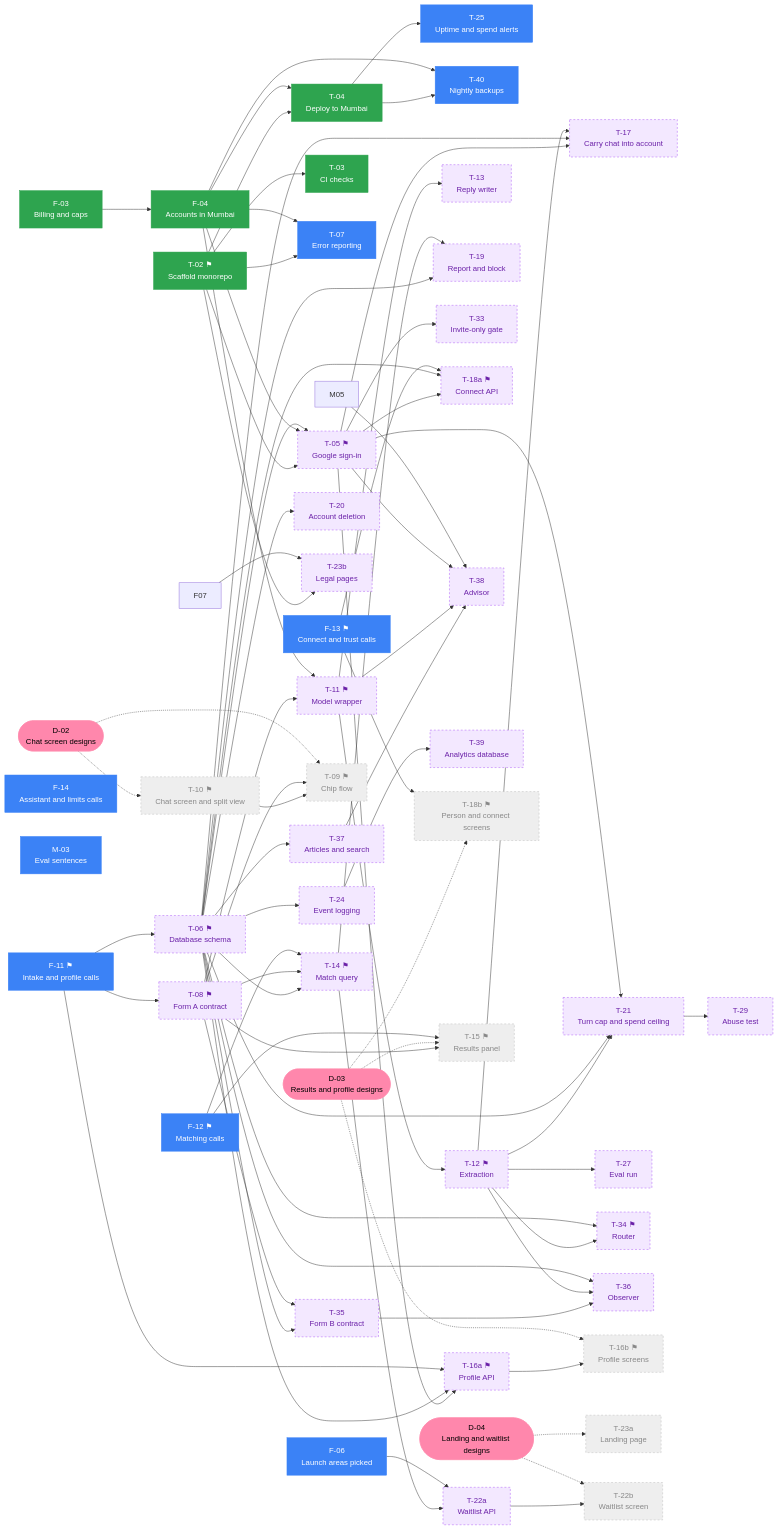
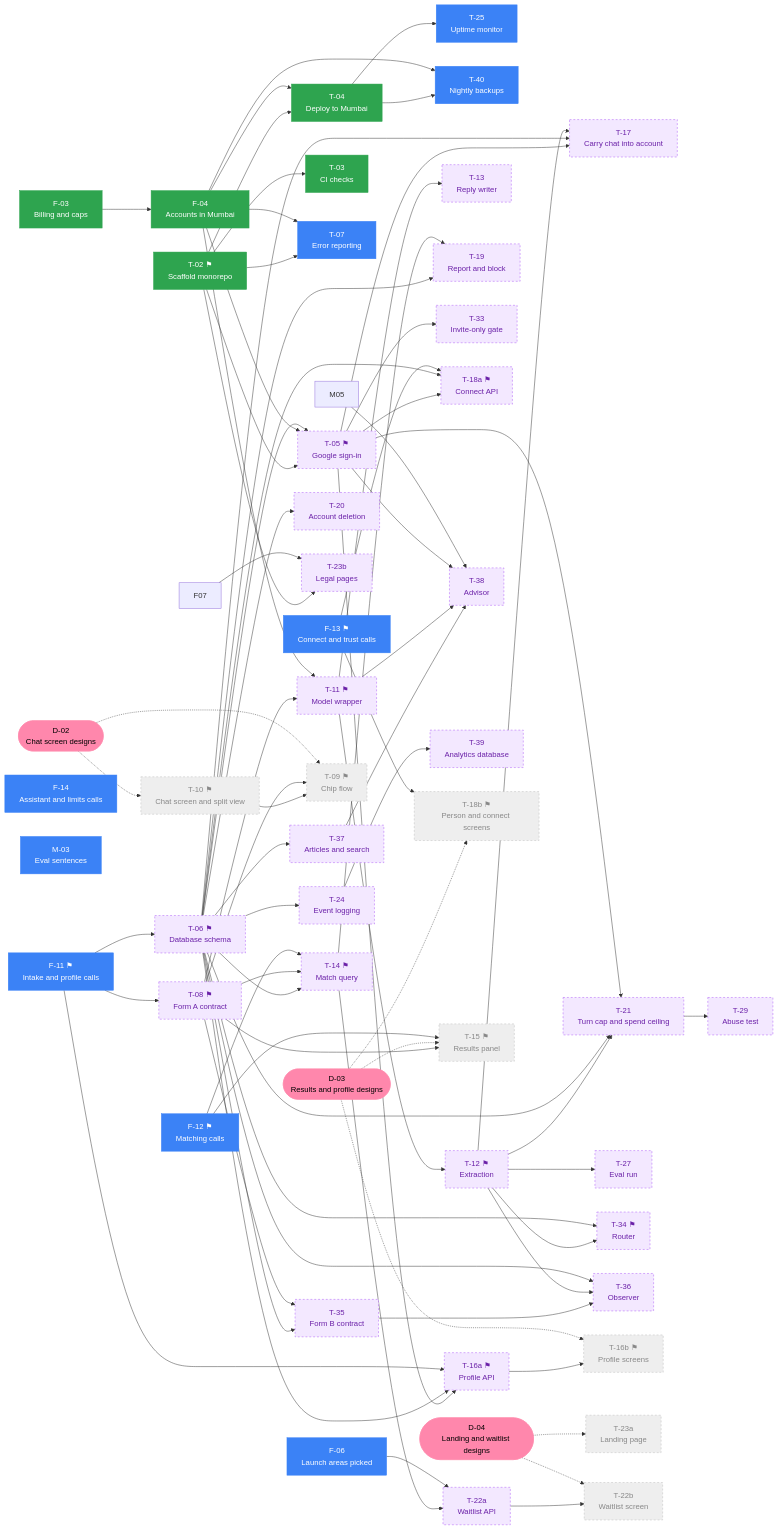
One commit to magentawood/roomsie changed the diagram in docs/plan/Progress.md. Above: the diagram before and after it, drawn with Mermaid. The commit also changed other lines of this file and 14 other files, not shown here.

First line of the commit message:
T-25: the uptime monitor; the spend alert moves to T-21

```diff
--- a/docs/plan/Progress.md
+++ b/docs/plan/Progress.md
@@ -122,7 +122,7 @@
   T04["T-04<br/>Deploy to Mumbai"]:::done
   T03["T-03<br/>CI checks"]:::done
   T07["T-07<br/>Error reporting"]:::ready
-  T25["T-25<br/>Uptime and spend alerts"]:::ready
+  T25["T-25<br/>Uptime monitor"]:::ready
   T40["T-40<br/>Nightly backups"]:::ready
   T08["T-08 ⚑<br/>Form A contract"]:::product
   T06["T-06 ⚑<br/>Database schema"]:::product
```
